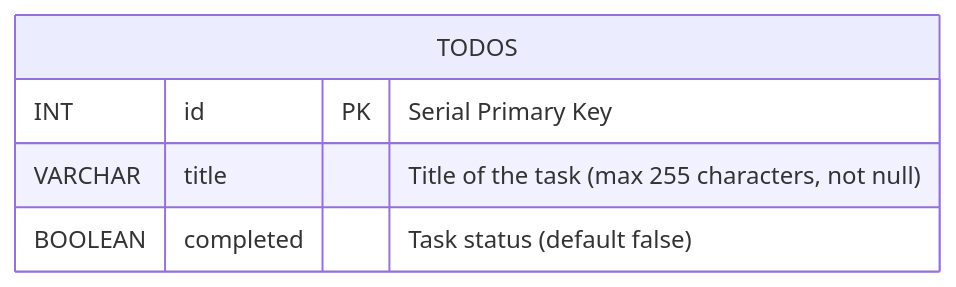
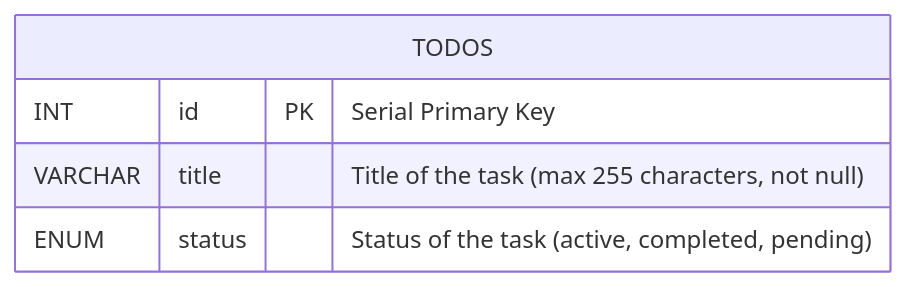
One commit to spheal363/student-hackathon-training changed the second of 2 diagrams in backend_training/README.md. Above: the diagram before and after it, drawn with Mermaid. The commit also changed other lines of this file, not shown here.

````diff
--- a/backend_training/README.md
+++ b/backend_training/README.md
@@ -32,8 +32,8 @@
 ```mermaid
 erDiagram
     TODOS {
         INT id PK "Serial Primary Key"
         VARCHAR title "Title of the task (max 255 characters, not null)"
-        BOOLEAN completed "Task status (default false)"
+        ENUM status "Status of the task (active, completed, pending)"
     }
 ```
````
